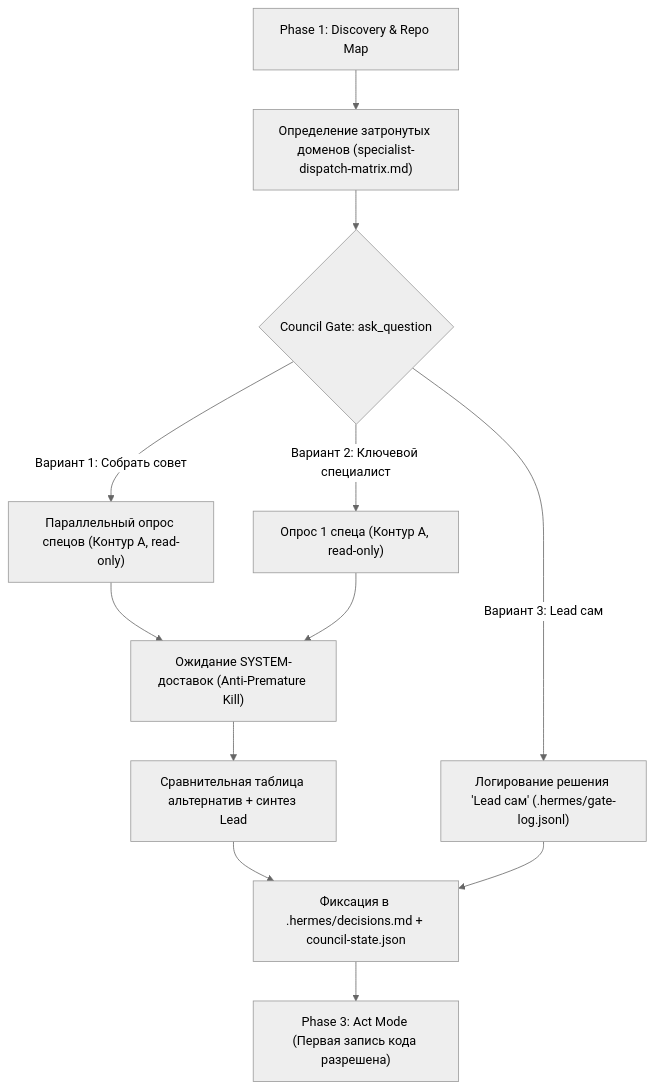
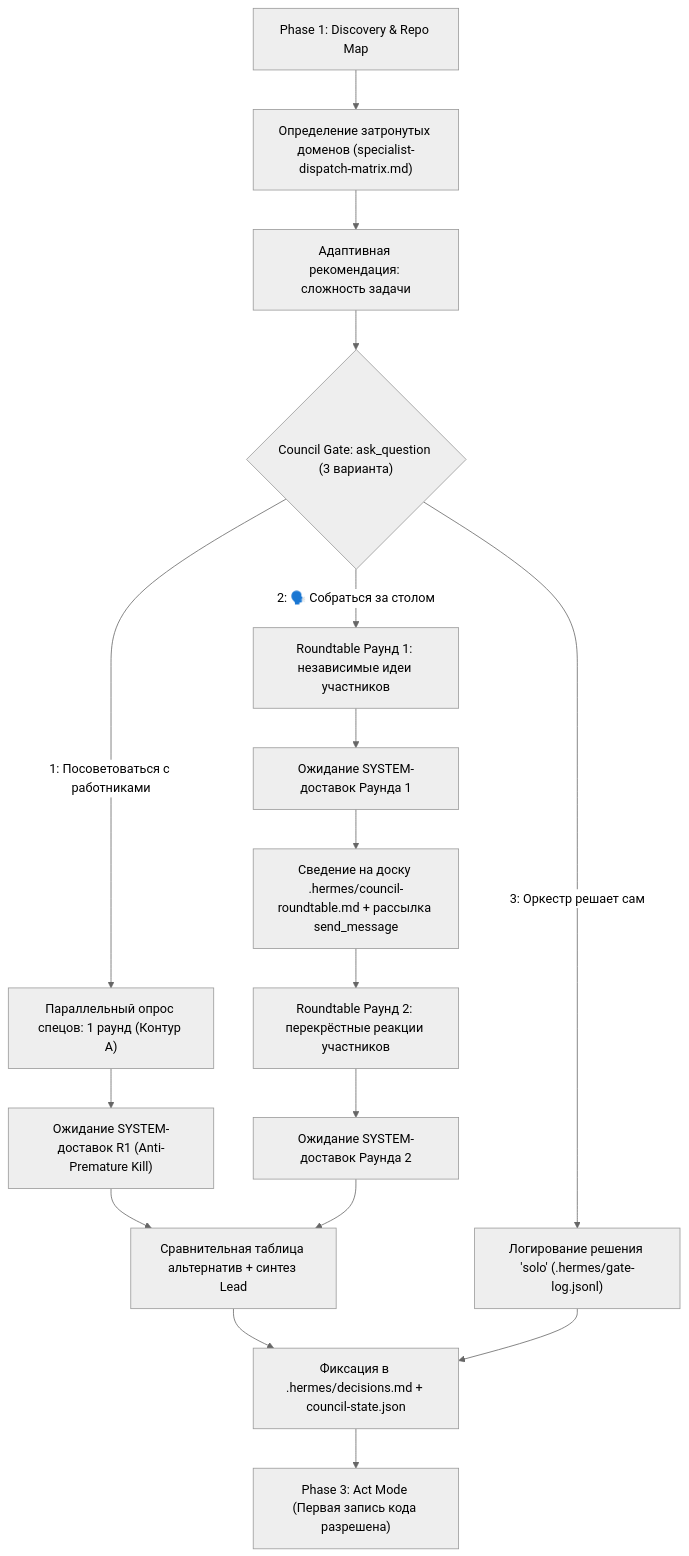
One commit to neon1301/hermes-mode-antigravity changed the diagram in skills/hermes/references/specialist-council-protocol.md. Above: the diagram before and after it, drawn with Mermaid (neutral theme). The commit also changed other lines of this file and 12 other files, not shown here.

Commit message:
feat(council): Hermes Fleet v4.3.0 — universal 3-option window, proposal contract, board & basic roundtable

````diff
--- a/skills/hermes/references/specialist-council-protocol.md
+++ b/skills/hermes/references/specialist-council-protocol.md
@@ -15,18 +15,24 @@
 ```mermaid
 flowchart TD
     Phase1["Phase 1: Discovery & Repo Map"] --> DomainDetect["Определение затронутых доменов (specialist-dispatch-matrix.md)"]
-    DomainDetect --> CouncilGate{"Council Gate: ask_question"}
+    DomainDetect --> AdaptRec["Адаптивная рекомендация: сложность задачи"]
+    AdaptRec --> CouncilGate{"Council Gate: ask_question (3 варианта)"}
     
-    CouncilGate -->|"Вариант 1: Собрать совет"| ParallelScouts["Параллельный опрос спецов (Контур A, read-only)"]
-    CouncilGate -->|"Вариант 2: Ключевой специалист"| SingleScout["Опрос 1 спеца (Контур A, read-only)"]
-    CouncilGate -->|"Вариант 3: Lead сам"| SoloLog["Логирование решения 'Lead сам' (.hermes/gate-log.jsonl)"]
+    CouncilGate -->|"1: Посоветоваться с работниками"| ParallelScouts["Параллельный опрос спецов: 1 раунд (Контур A)"]
+    CouncilGate -->|"2: 🗣️ Собраться за столом"| RoundtableR1["Roundtable Раунд 1: независимые идеи участников"]
+    CouncilGate -->|"3: Оркестр решает сам"| SoloLog["Логирование решения 'solo' (.hermes/gate-log.jsonl)"]
     
-    ParallelScouts --> AwaitDeliveries["Ожидание SYSTEM-доставок (Anti-Premature Kill)"]
-    SingleScout --> AwaitDeliveries
+    ParallelScouts --> AwaitParallel["Ожидание SYSTEM-доставок R1 (Anti-Premature Kill)"]
+    AwaitParallel --> CompTable["Сравнительная таблица альтернатив + синтез Lead"]
     
-    AwaitDeliveries --> CompTable["Сравнительная таблица альтернатив + синтез Lead"]
+    RoundtableR1 --> AwaitR1["Ожидание SYSTEM-доставок Раунда 1"]
+    AwaitR1 --> BoardDispatch["Сведение на доску .hermes/council-roundtable.md + рассылка send_message"]
+    BoardDispatch --> RoundtableR2["Roundtable Раунд 2: перекрёстные реакции участников"]
+    RoundtableR2 --> AwaitR2["Ожидание SYSTEM-доставок Раунда 2"]
+    AwaitR2 --> CompTable
+    
     CompTable --> DecisionsLog["Фиксация в .hermes/decisions.md + council-state.json"]
     SoloLog --> DecisionsLog
     
     DecisionsLog --> Phase3["Phase 3: Act Mode (Первая запись кода разрешена)"]
 ```
````
